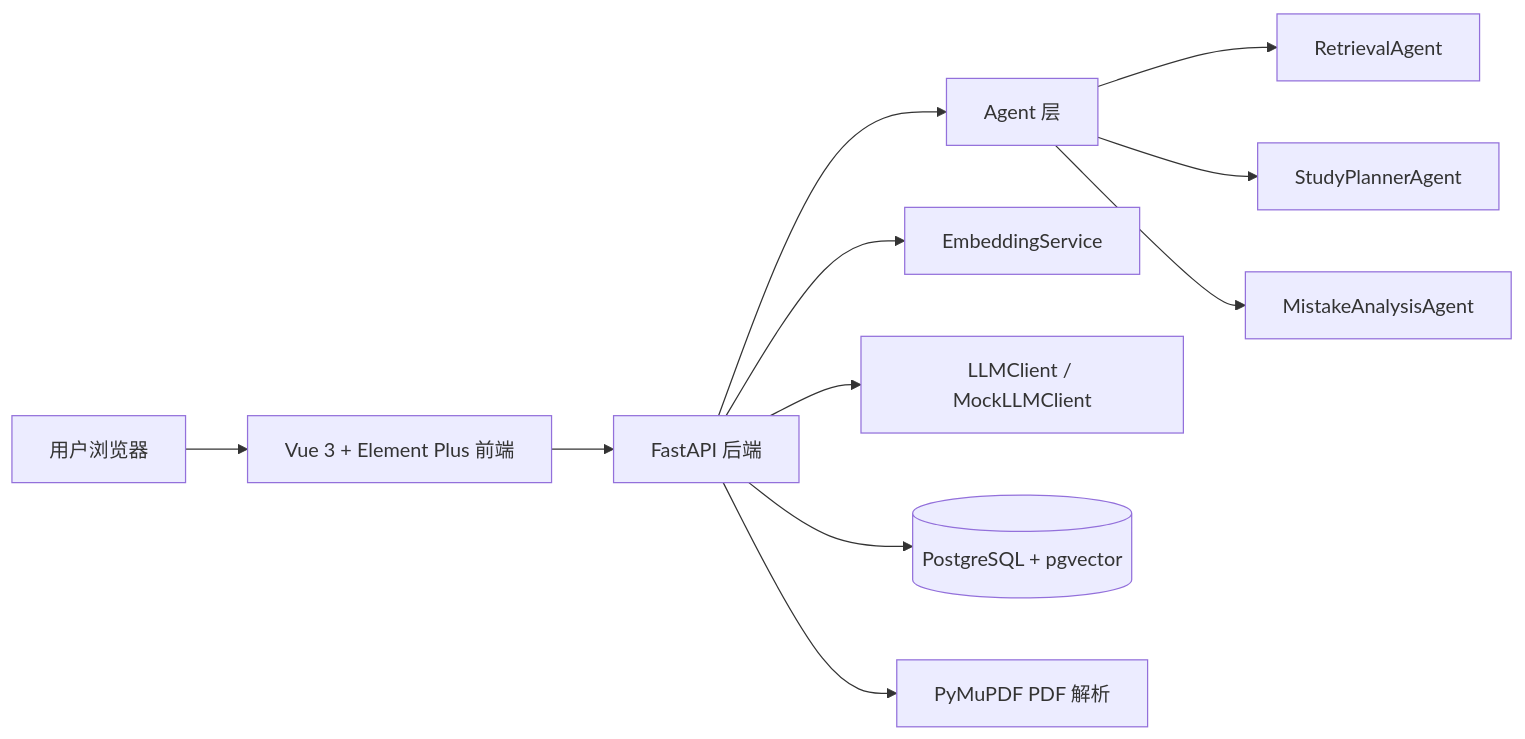
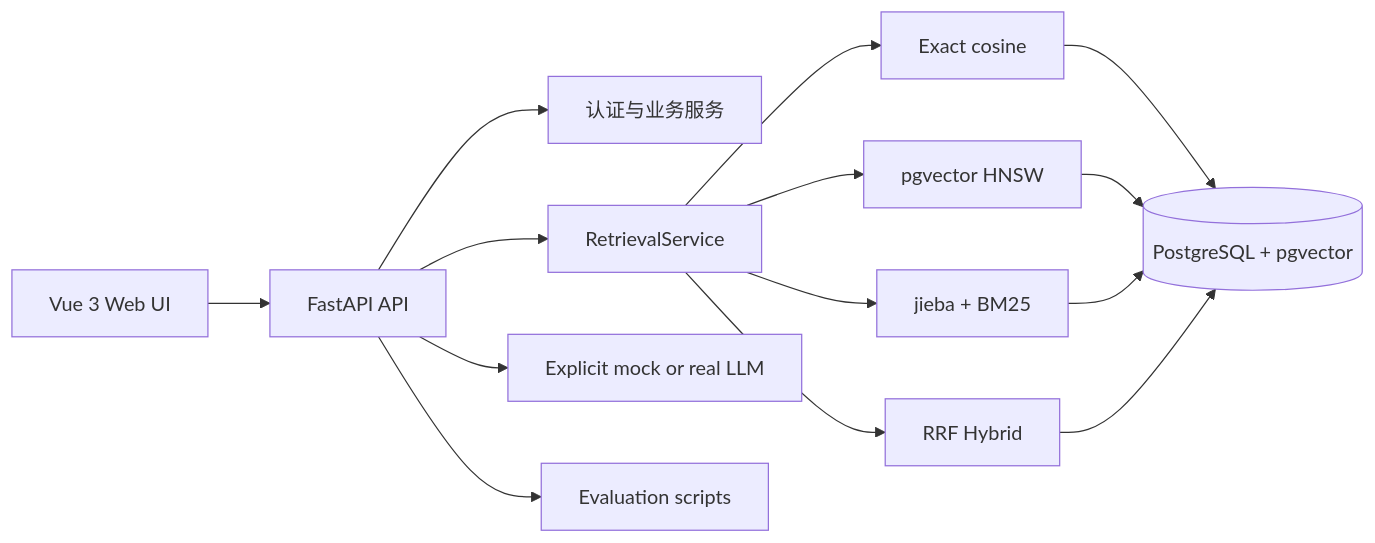
One commit to lzt-doctor/ScholarPilot changed the diagram in README.md. Above: the diagram before and after it, drawn with Mermaid. The commit also changed other lines of this file and 80 other files, not shown here.

````diff
--- a/README.md
+++ b/README.md
@@ -24,13 +34,16 @@
 ```mermaid
 flowchart LR
-  U["用户浏览器"] --> F["Vue 3 + Element Plus 前端"]
-  F --> B["FastAPI 后端"]
-  B --> A["Agent 层"]
-  A --> R["RetrievalAgent"]
-  A --> P["StudyPlannerAgent"]
-  A --> M["MistakeAnalysisAgent"]
-  B --> E["EmbeddingService"]
-  B --> L["LLMClient / MockLLMClient"]
-  B --> D[("PostgreSQL + pgvector")]
-  B --> PDF["PyMuPDF PDF 解析"]
+  UI["Vue 3 Web UI"] --> API["FastAPI API"]
+  API --> AUTH["认证与业务服务"]
+  API --> ORCH["RetrievalService"]
+  ORCH --> EXACT["Exact cosine"]
+  ORCH --> HNSW["pgvector HNSW"]
+  ORCH --> BM25["jieba + BM25"]
+  ORCH --> HYBRID["RRF Hybrid"]
+  EXACT --> DB[("PostgreSQL + pgvector")]
+  HNSW --> DB
+  BM25 --> DB
+  HYBRID --> DB
+  API --> LLM["Explicit mock or real LLM"]
+  API --> EXP["Evaluation scripts"]
 ```
````
